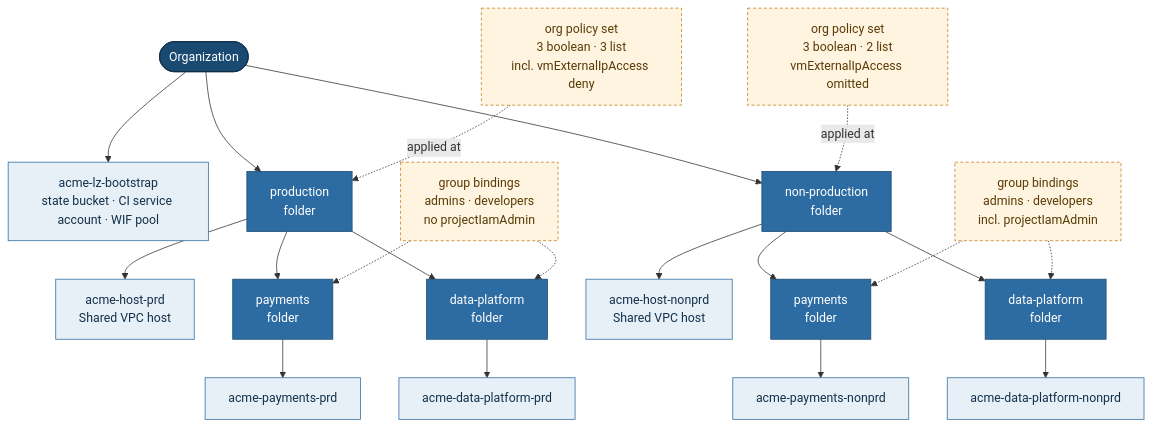
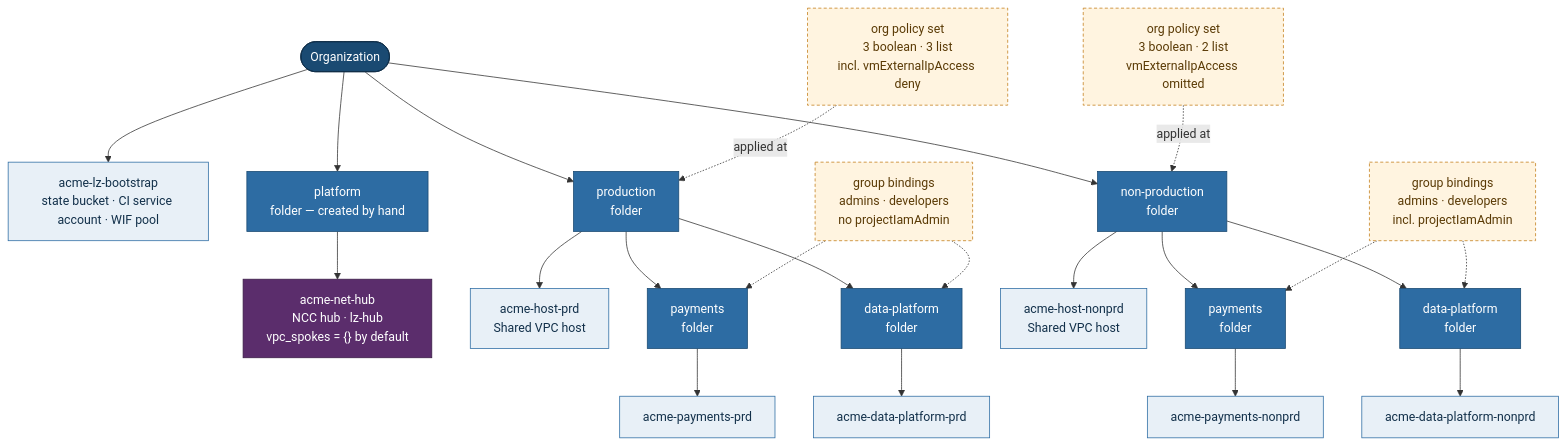
Before and after one commit to carol-frl/gcp-landing-zone-terraform: the diagram in docs/diagrams/hierarchy.mmd, drawn with Mermaid. The commit also changed 24 other files, not shown here.

```diff
--- a/docs/diagrams/hierarchy.mmd
+++ b/docs/diagrams/hierarchy.mmd
@@ -1,47 +1,53 @@
 %% Org / folder / project hierarchy.
 %% Source: modules/folder-structure, modules/project-factory,
 %%         environments/bootstrap, environments/production,
 %%         environments/non-production, teams/teams.yaml
 %% Project IDs shown with project_prefix = "acme".
+%% Parent/child only — the NCC spoke relationship is in network.mmd.
 
 flowchart TD
   ORG(["Organization"])
 
   ORG --> BOOT["acme-lz-bootstrap<br/>state bucket · CI service account · WIF pool"]
+
+  ORG --> PLAT["platform<br/>folder — created by hand"]
+  PLAT --> HUBP["acme-net-hub<br/>NCC hub · lz-hub<br/>vpc_spokes = {} by default"]
 
   ORG --> PRD["production<br/>folder"]
   ORG --> NPRD["non-production<br/>folder"]
 
   PRD --> PHOST["acme-host-prd<br/>Shared VPC host"]
   PRD --> PPAY["payments<br/>folder"]
   PRD --> PDAT["data-platform<br/>folder"]
   PPAY --> PPAYP["acme-payments-prd"]
   PDAT --> PDATP["acme-data-platform-prd"]
 
   NPRD --> NHOST["acme-host-nonprd<br/>Shared VPC host"]
   NPRD --> NPAY["payments<br/>folder"]
   NPRD --> NDAT["data-platform<br/>folder"]
   NPAY --> NPAYP["acme-payments-nonprd"]
   NDAT --> NDATP["acme-data-platform-nonprd"]
 
   POLP["org policy set<br/>3 boolean · 3 list<br/>incl. vmExternalIpAccess deny"]
   POLN["org policy set<br/>3 boolean · 2 list<br/>vmExternalIpAccess omitted"]
   POLP -.->|applied at| PRD
   POLN -.->|applied at| NPRD
 
   IAMP["group bindings<br/>admins · developers<br/>no projectIamAdmin"]
   IAMN["group bindings<br/>admins · developers<br/>incl. projectIamAdmin"]
   IAMP -.-> PPAY
   IAMP -.-> PDAT
   IAMN -.-> NPAY
   IAMN -.-> NDAT
 
   classDef org fill:#1a4a72,stroke:#0d2c45,color:#fff
   classDef folder fill:#2d6ca3,stroke:#1a4a72,color:#fff
   classDef project fill:#e8f0f7,stroke:#2d6ca3,color:#12304a
   classDef policy fill:#fff4e0,stroke:#c47f1a,color:#5a3a05,stroke-dasharray:4 3
+  classDef hub fill:#5b2d6c,stroke:#3a1c46,color:#fff
 
   class ORG org
-  class PRD,NPRD,PPAY,PDAT,NPAY,NDAT folder
+  class PRD,NPRD,PLAT,PPAY,PDAT,NPAY,NDAT folder
   class BOOT,PHOST,NHOST,PPAYP,PDATP,NPAYP,NDATP project
+  class HUBP hub
   class POLP,POLN,IAMP,IAMN policy
```
